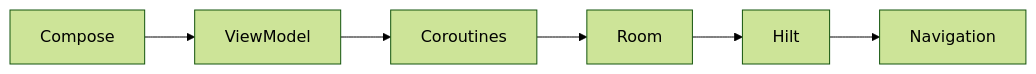
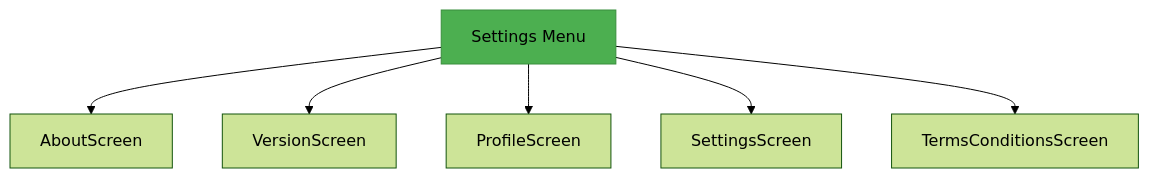
Before and after one commit to GEI3-Udl-2025/Travel_World: the seventh of 7 diagrams in documentation/design.md, drawn with Mermaid (forest theme). The commit also changed other lines of this file, not shown here.

````diff
--- a/documentation/design.md
+++ b/documentation/design.md
@@ -183,8 +143,9 @@
 ```mermaid
-graph LR
-    A[Compose] --> B[ViewModel]
-    B --> C[Coroutines]
-    C --> D[Room]
-    D --> E[Hilt]
-    E --> F[Navigation]
+graph TD
+    S[Settings Menu] --> A[AboutScreen]
+    S --> B[VersionScreen]
+    S --> C[ProfileScreen]
+    S --> D[SettingsScreen]
+    S --> E[TermsConditionsScreen]
+    style S fill:#4CAF50,stroke:#388E3C
 ```
````
